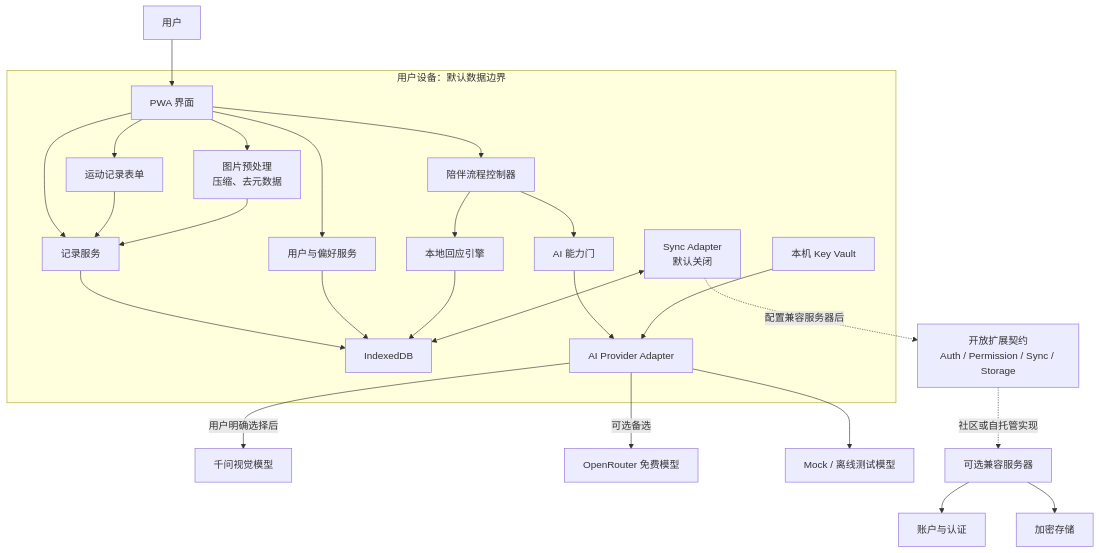
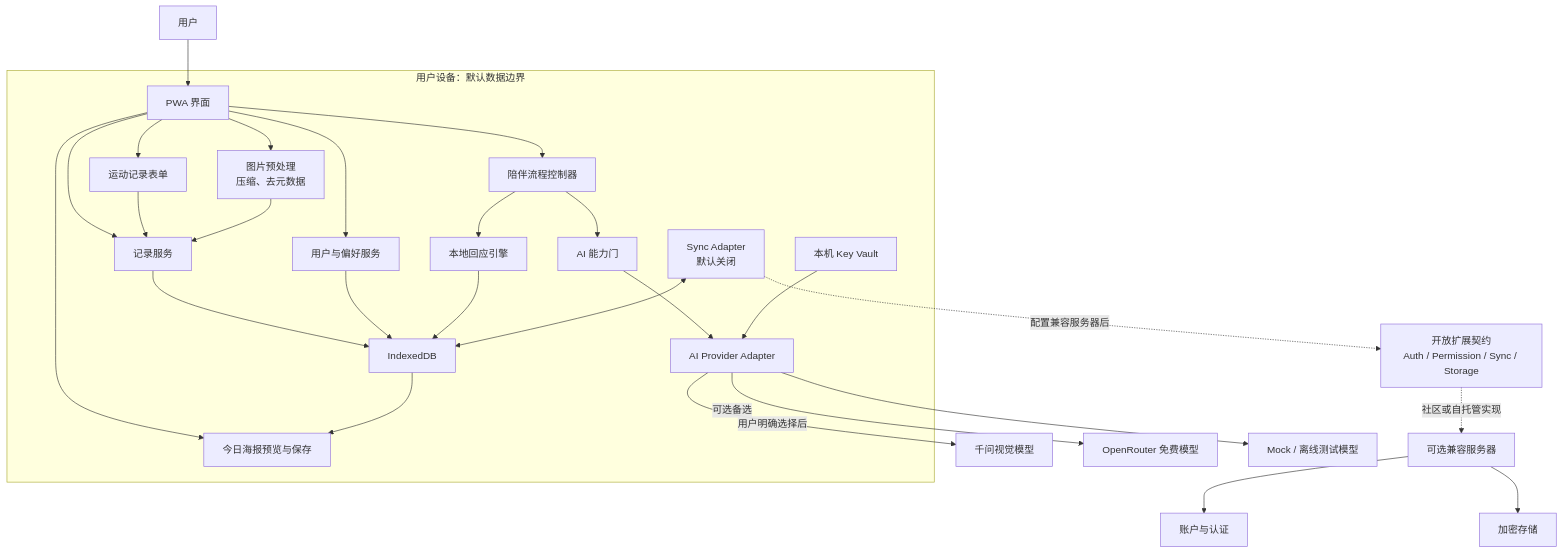
One commit to oukeming64-tech/different-diary changed the first of 4 diagrams in docs/03-架构图.md. Above: the diagram before and after it, drawn with Mermaid. The commit also changed other lines of this file and 13 other files, not shown here.

````diff
--- a/docs/03-架构图.md
+++ b/docs/03-架构图.md
@@ -17,36 +17,38 @@
 ```mermaid
 flowchart TB
     U["用户"] --> UI["PWA 界面"]
 
     subgraph DEVICE["用户设备：默认数据边界"]
         UI --> FLOW["陪伴流程控制器"]
         UI --> RECORD["记录服务"]
         UI --> ACTIVITY["运动记录表单"]
+        UI --> POSTER["今日海报预览与保存"]
         UI --> PROFILE["用户与偏好服务"]
 
         FLOW --> LOCALRESP["本地回应引擎"]
         FLOW --> AIGATE["AI 能力门"]
 
         RECORD --> DB["IndexedDB"]
         ACTIVITY --> RECORD
+        DB --> POSTER
         PROFILE --> DB
         LOCALRESP --> DB
 
         UI --> IMAGE["图片预处理\n压缩、去元数据"]
         IMAGE --> RECORD
 
         AIGATE --> PROVIDERS["AI Provider Adapter"]
         KEY["本机 Key Vault"] --> PROVIDERS
 
         SYNC["Sync Adapter\n默认关闭"] <--> DB
     end
 
     PROVIDERS -->|"用户明确选择后"| QWEN["千问视觉模型"]
     PROVIDERS -->|"可选备选"| OR["OpenRouter 免费模型"]
     PROVIDERS --> MOCK["Mock / 离线测试模型"]
 
     SYNC -.->|"配置兼容服务器后"| CONTRACT["开放扩展契约\nAuth / Permission / Sync / Storage"]
     CONTRACT -.->|"社区或自托管实现"| CLOUD["可选兼容服务器"]
     CLOUD --> AUTH["账户与认证"]
     CLOUD --> CDB["加密存储"]
 ```
````
